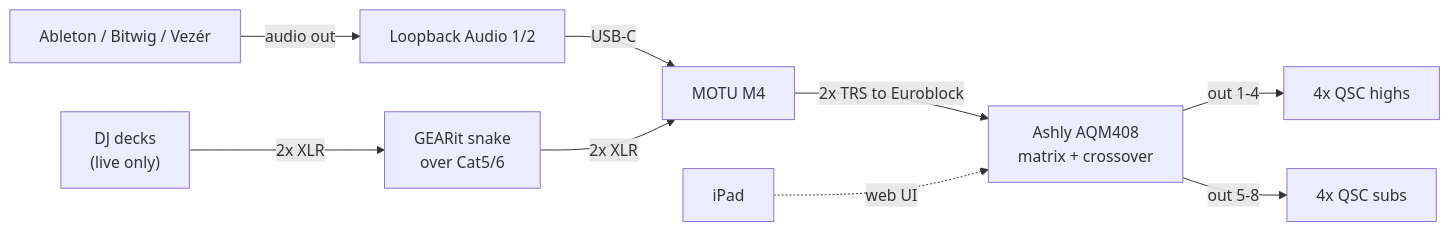
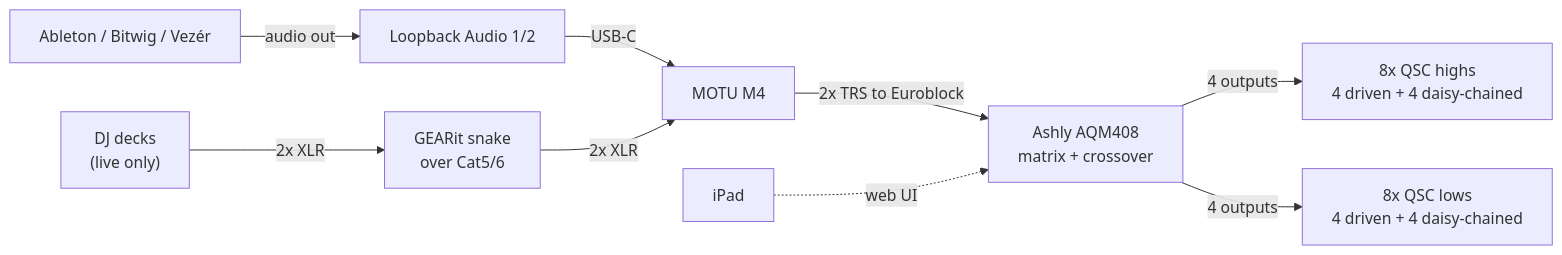
The diagram in docs/infrastructure/audio-system.md (Apotheneum/Apotheneum), drawn with Mermaid before and after one commit. The commit also changed other lines of this file and 3 other files, not shown here.

````diff
--- a/docs/infrastructure/audio-system.md
+++ b/docs/infrastructure/audio-system.md
@@ -5,11 +5,11 @@
 ```mermaid
 flowchart LR
     APPS["Ableton / Bitwig / Vezér"] -->|audio out| LB["Loopback Audio 1/2"]
     LB -->|USB-C| MOTU["MOTU M4"]
     DECKS["DJ decks<br>(live only)"] -->|"2x XLR"| GI["GEARit snake<br>over Cat5/6"]
     GI -->|"2x XLR"| MOTU
     MOTU -->|"2x TRS to Euroblock"| AQM["Ashly AQM408<br>matrix + crossover"]
-    AQM -->|"out 1-4"| HI["4x QSC highs"]
-    AQM -->|"out 5-8"| SUB["4x QSC subs"]
+    AQM -->|"4 outputs"| HI["8x QSC highs<br>4 driven + 4 daisy-chained"]
+    AQM -->|"4 outputs"| SUB["8x QSC lows<br>4 driven + 4 daisy-chained"]
     IPAD["iPad"] -.->|web UI| AQM
 ```
````
